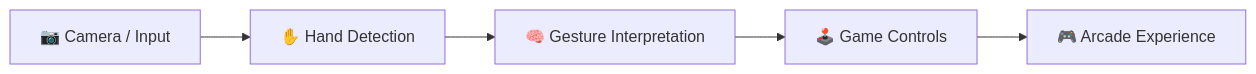
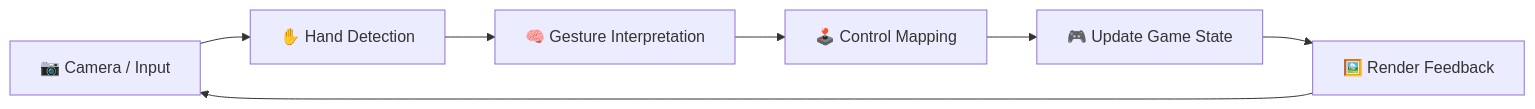
Before and after one commit to Priyanshu710-ui/Arcade-hands: the first of 4 diagrams in README.md, drawn with Mermaid. The commit also changed other lines of this file, not shown here.

Commit message:
Replace diagram-only README with full gameplay documentation

````diff
--- a/README.md
+++ b/README.md
@@ -9,7 +30,9 @@
 ```mermaid
 flowchart LR
     A[📷 Camera / Input] --> B[✋ Hand Detection]
     B --> C[🧠 Gesture Interpretation]
-    C --> D[🕹️ Game Controls]
-    D --> E[🎮 Arcade Experience]
+    C --> D[🕹️ Control Mapping]
+    D --> E[🎮 Update Game State]
+    E --> F[🖼️ Render Feedback]
+    F --> A
 ```
````
